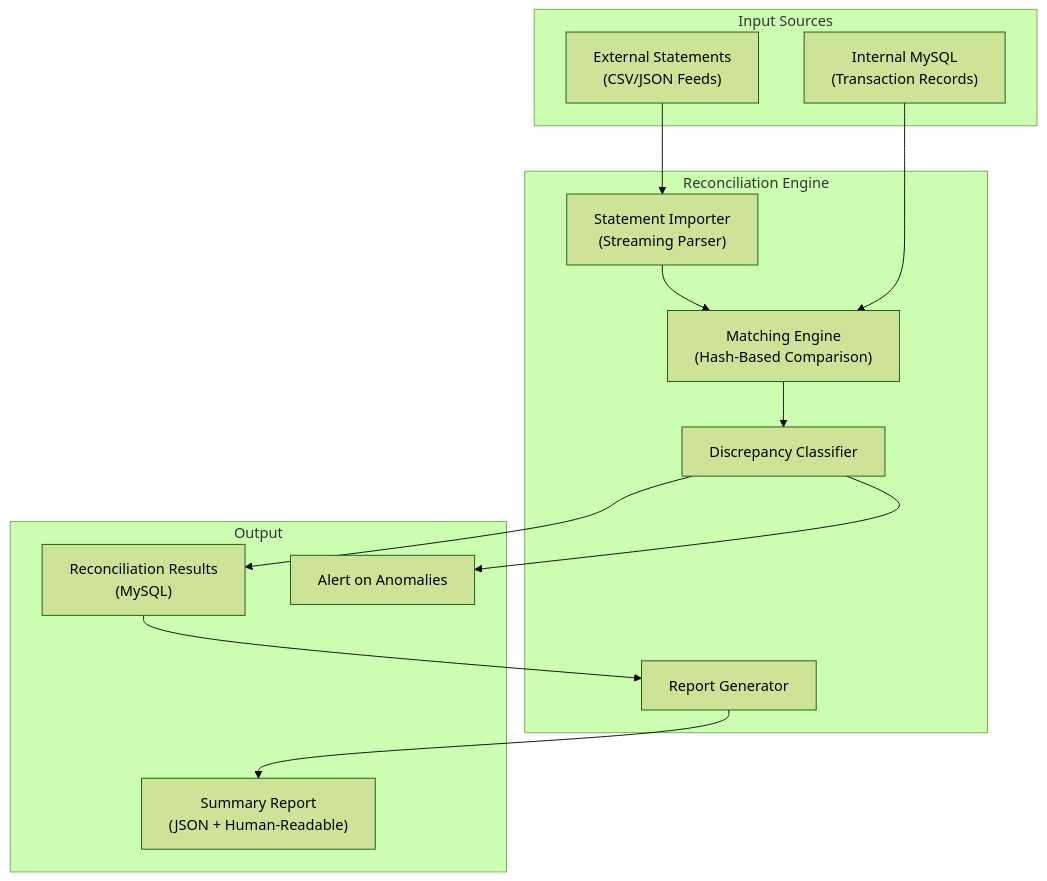
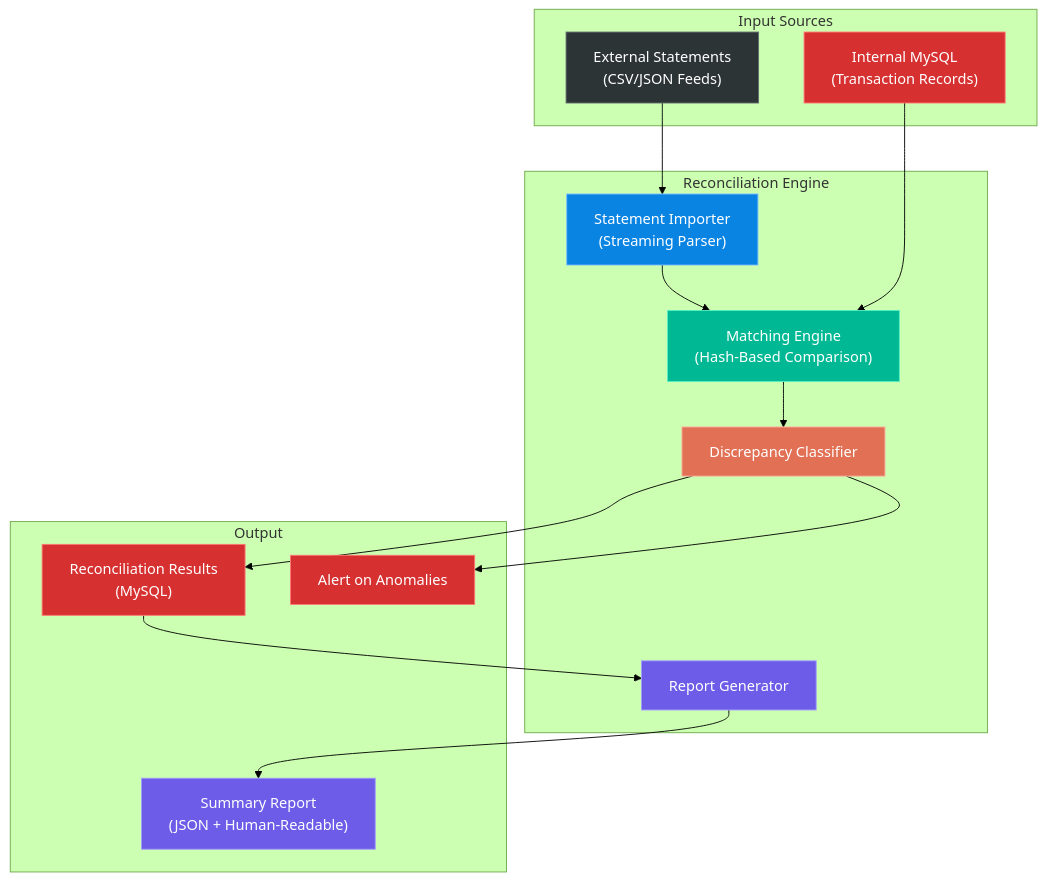
Diagram 11 of 12 in content/docs/portfolio-preparation-guide-for-backend-engineer-at-straitsx.md (6066606/u), drawn with Mermaid (forest theme) before and after one commit. The commit also changed other lines of this file and 1 other file, not shown here.

````diff
--- a/content/docs/portfolio-preparation-guide-for-backend-engineer-at-straitsx.md
+++ b/content/docs/portfolio-preparation-guide-for-backend-engineer-at-straitsx.md
@@ -587,30 +1341,39 @@
 ```mermaid
 graph TB
     subgraph "Input Sources"
         INTERNAL["Internal MySQL<br/>(Transaction Records)"]
         EXTERNAL["External Statements<br/>(CSV/JSON Feeds)"]
     end
 
     subgraph "Reconciliation Engine"
         IMPORT["Statement Importer<br/>(Streaming Parser)"]
         MATCH["Matching Engine<br/>(Hash-Based Comparison)"]
         CLASSIFY["Discrepancy Classifier"]
         REPORT["Report Generator"]
     end
 
     subgraph "Output"
         RESULTS["Reconciliation Results<br/>(MySQL)"]
         ALERTS["Alert on Anomalies"]
         SUMMARY["Summary Report<br/>(JSON + Human-Readable)"]
     end
 
     EXTERNAL --> IMPORT
     IMPORT --> MATCH
     INTERNAL --> MATCH
     MATCH --> CLASSIFY
     CLASSIFY --> RESULTS
     CLASSIFY --> ALERTS
     RESULTS --> REPORT
     REPORT --> SUMMARY
 
+    style INTERNAL fill:#d63031,stroke:#ff7675,color:#fff
+    style EXTERNAL fill:#2d3436,stroke:#636e72,color:#fff
+    style IMPORT fill:#0984e3,stroke:#74b9ff,color:#fff
+    style MATCH fill:#00b894,stroke:#55efc4,color:#fff
+    style CLASSIFY fill:#e17055,stroke:#fab1a0,color:#fff
+    style REPORT fill:#6c5ce7,stroke:#a29bfe,color:#fff
+    style RESULTS fill:#d63031,stroke:#ff7675,color:#fff
+    style ALERTS fill:#d63031,stroke:#ff7675,color:#fff
+    style SUMMARY fill:#6c5ce7,stroke:#a29bfe,color:#fff
 ```
````
